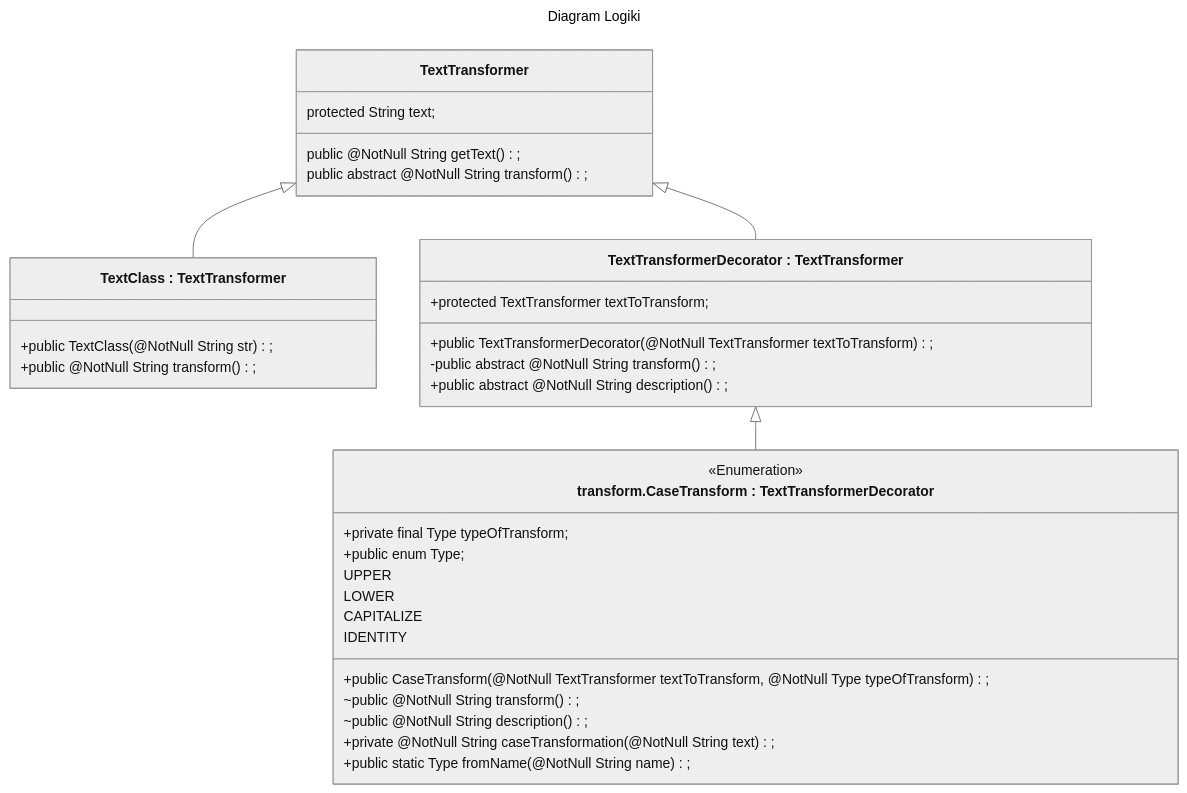
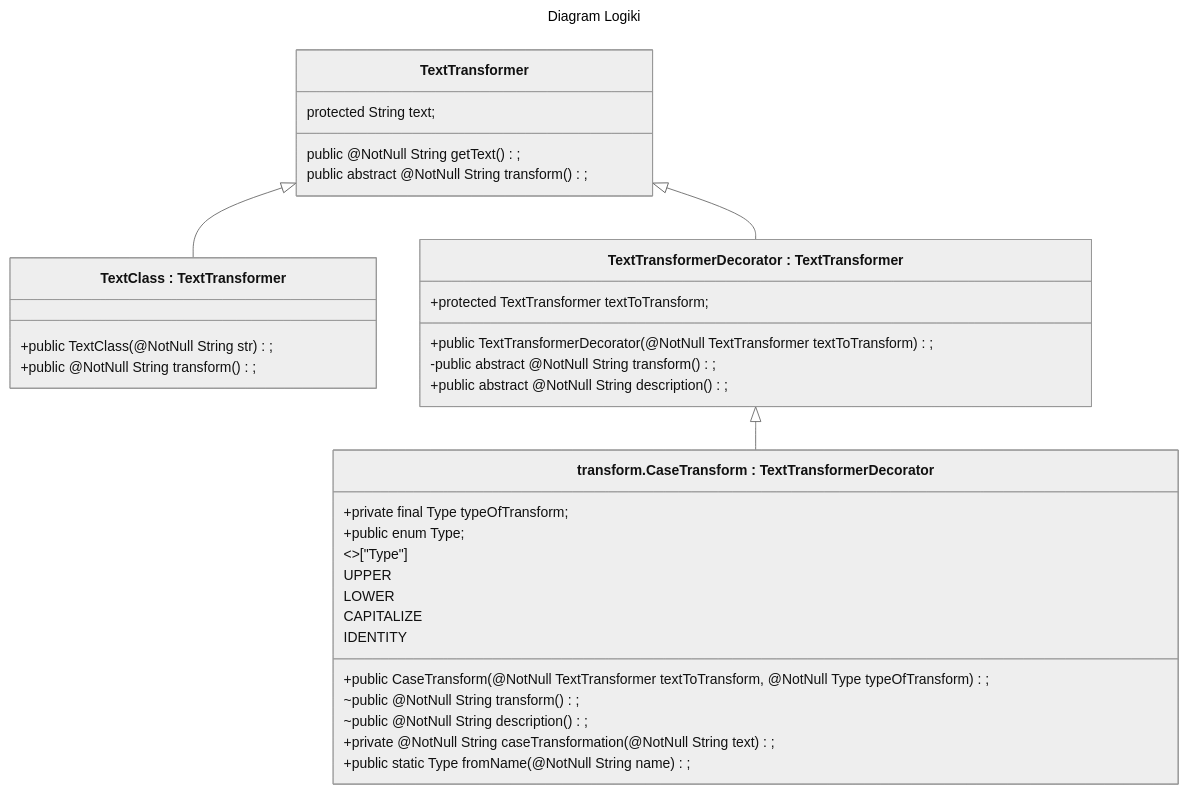
Before and after one commit to Dashrek/SK2_R_P_S: the diagram in exampleclass.md, drawn with Mermaid (neutral theme).

````diff
--- a/exampleclass.md
+++ b/exampleclass.md
@@ -2,39 +2,39 @@
 ```mermaid
 ---
 title: Diagram Logiki
 
 ---
 classDiagram
   class TextTransformer {
     protected String text;
     public @NotNull String getText();
     public abstract @NotNull String transform();
   }
   class TextClass["TextClass : TextTransformer"] {
     +public TextClass(@NotNull String str);
     +public @NotNull String transform();
   }
   class TextTransformerDecorator["TextTransformerDecorator : TextTransformer"] {
     +protected TextTransformer textToTransform;
     +public TextTransformerDecorator(@NotNull TextTransformer textToTransform);
     -public abstract @NotNull String transform();
     +public abstract @NotNull String description();
   }
   class CaseTransform["transform.CaseTransform : TextTransformerDecorator"] {
     +private final Type typeOfTransform;
     +public CaseTransform(@NotNull TextTransformer textToTransform, @NotNull Type typeOfTransform);
     ~public @NotNull String transform();
     ~public @NotNull String description();
     +private @NotNull String caseTransformation(@NotNull String text);
     +public static Type fromName(@NotNull String name);
     +public enum Type;
-    <<Enumeration>>
+    <<Enumeration>>["Type"]
     UPPER
     LOWER
     CAPITALIZE
     IDENTITY
 }
   TextTransformer <|-- TextTransformerDecorator
   TextTransformer <|-- TextClass
   TextTransformerDecorator <|-- CaseTransform
 ```
````
